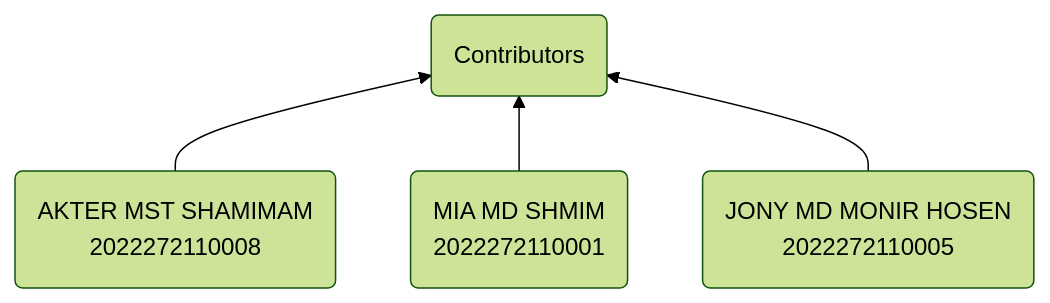
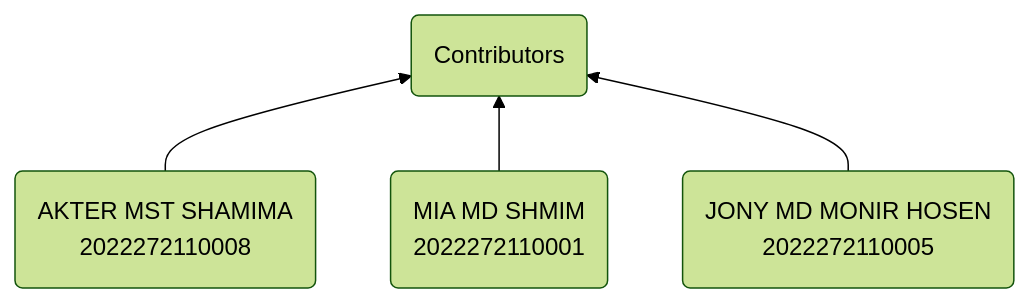
Before and after one commit to vividblueprint/SE-RideSharingService-architecture: the first of 2 diagrams in README.md, drawn with Mermaid (forest theme).

Commit message:
Contributors

````diff
--- a/README.md
+++ b/README.md
@@ -38,6 +38,6 @@
 ```mermaid
   graph BT 
-    A(AKTER MST SHAMIMAM\n2022272110008) --> B(Contributors) 
+    A(AKTER MST SHAMIMA\n2022272110008) --> B(Contributors) 
     C(MIA MD SHMIM\n2022272110001) --> B 
     D(JONY MD MONIR HOSEN\n2022272110005) --> B
 ```
````
